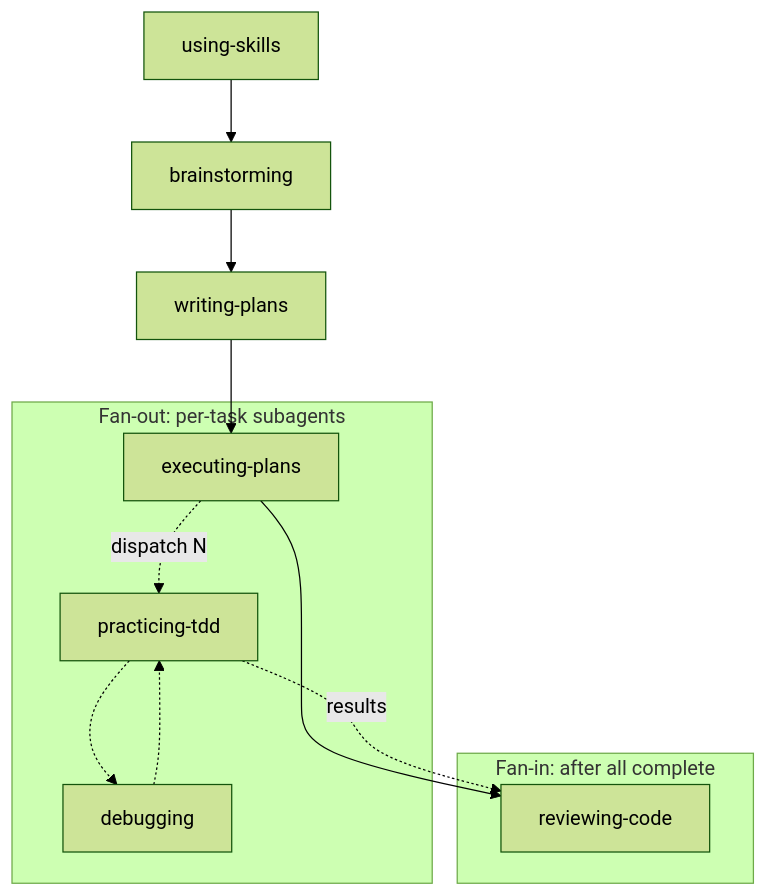
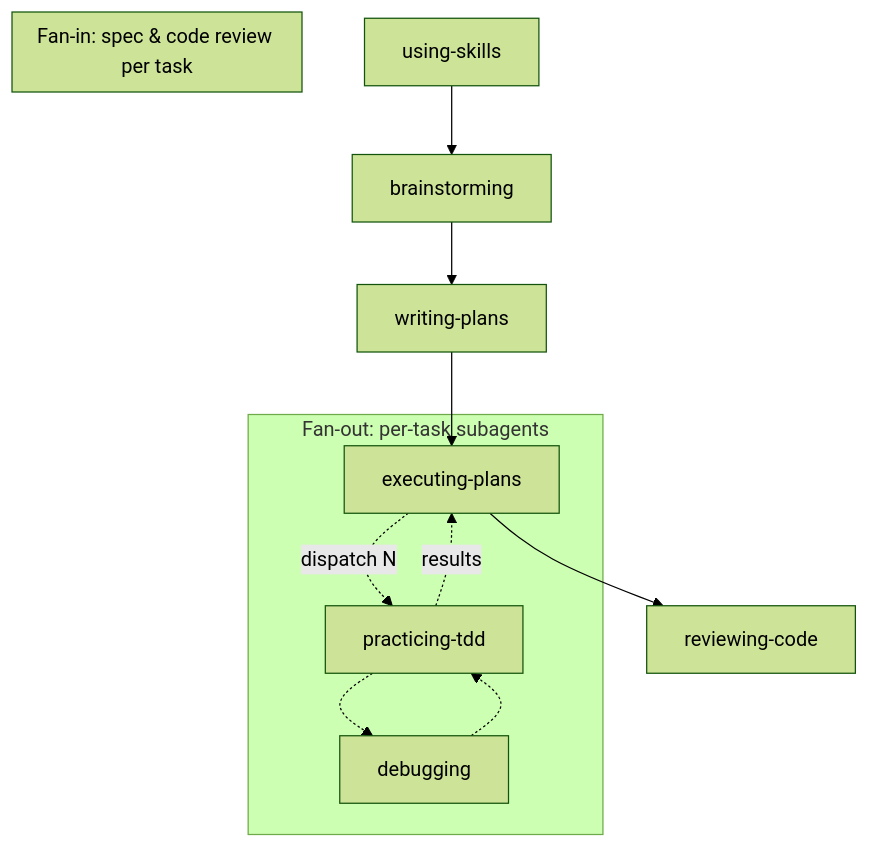
The diagram in README.md (MarcosX/kiss-agentic-development), drawn with Mermaid (forest theme) before and after one commit.

Commit message:
docs: fix mermaid diagram - subagents report back to executing-plans for spec/code review

````diff
--- a/README.md
+++ b/README.md
@@ -25,17 +25,17 @@
 ```mermaid
 flowchart TB
     A[using-skills] --> B[brainstorming]
     B --> C[writing-plans]
     C --> D[executing-plans]
     D --> E[reviewing-code]
     
     subgraph "Fan-out: per-task subagents"
         D -.->|dispatch N| F[practicing-tdd]
         F -.-> G[debugging]
         G -.-> F
     end
     
-    subgraph "Fan-in: after all complete"
-        F -.->|results| E
+    subgraph "Fan-in: spec & code review per task"
+        F -.->|results| D
     end
 ```
````
